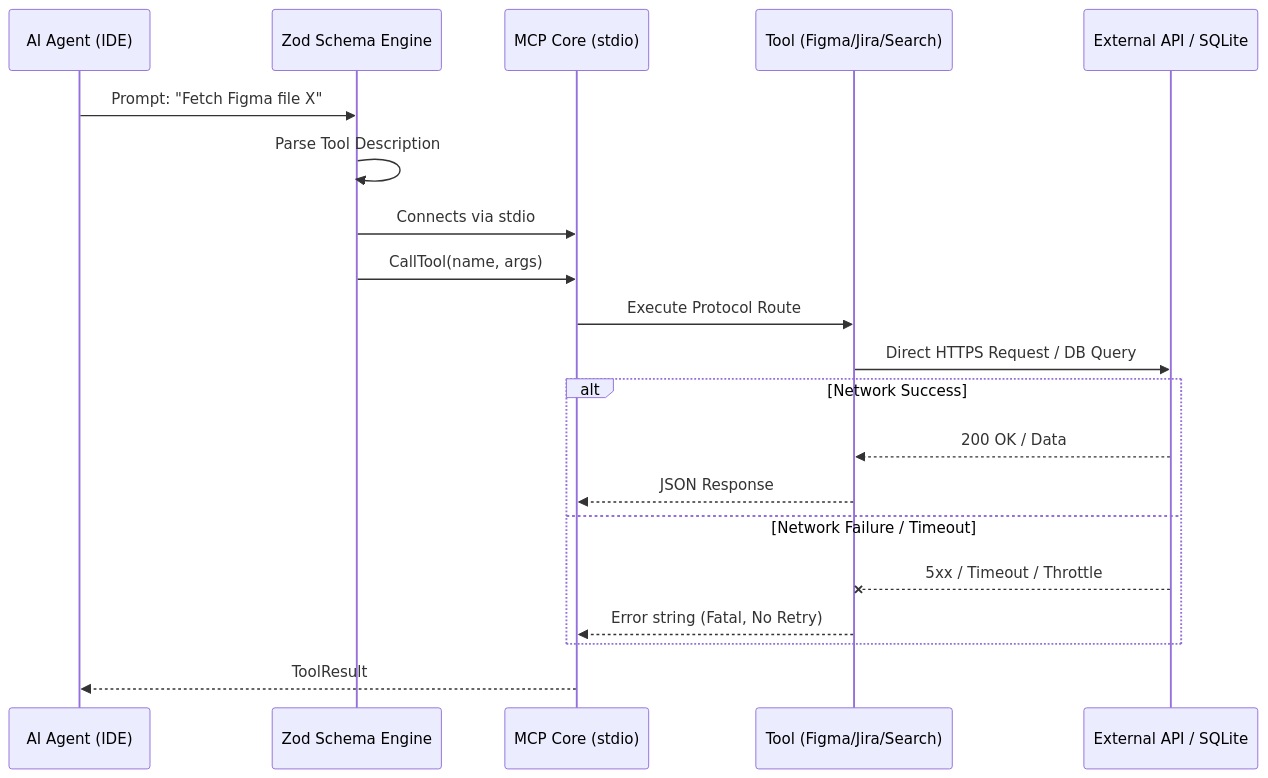
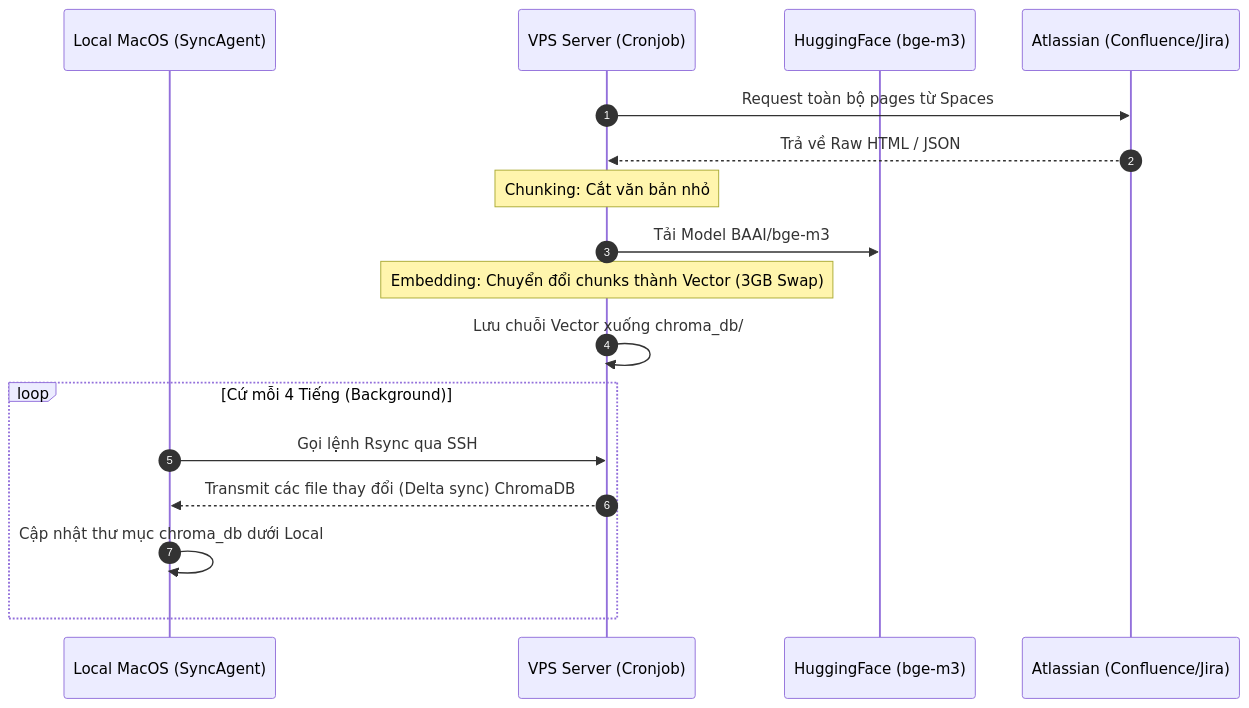
The third of 4 diagrams in README.md (cachep-xidau/MCP-server), drawn with Mermaid before and after one commit. The commit also changed other lines of this file, not shown here.

Commit message:
docs: rewrite README with Decoupled RAG architecture (Python/ChromaDB)

````diff
--- a/README.md
+++ b/README.md
@@ -65,26 +66,21 @@
 ```mermaid
 sequenceDiagram
-    participant AGY as AI Agent (IDE)
-    participant schema as Zod Schema Engine
-    participant Core as MCP Core (stdio)
-    participant Tool as Tool (Figma/Jira/Search)
-    participant Ext as External API / SQLite
+    autonumber
+    participant Mac as Local MacOS (SyncAgent)
+    participant VPS as VPS Server (Cronjob)
+    participant Model as HuggingFace (bge-m3)
+    participant Atlas as Atlassian (Confluence/Jira)
     
-    AGY->>schema: Prompt: "Fetch Figma file X"
-    schema->>schema: Parse Tool Description
-    schema->>Core: Connects via stdio
-    schema->>Core: CallTool(name, args)
+    VPS->>Atlas: Request toàn bộ pages từ Spaces
+    Atlas-->>VPS: Trả về Raw HTML / JSON
+    Note over VPS: Chunking: Cắt văn bản nhỏ
+    VPS->>Model: Tải Model BAAI/bge-m3
+    Note over VPS: Embedding: Chuyển đổi chunks thành Vector (3GB Swap)
+    VPS->>VPS: Lưu chuỗi Vector xuống chroma_db/
     
-    Core->>Tool: Execute Protocol Route
-    Tool->>Ext: Direct HTTPS Request / DB Query
-    
-    alt Network Success
-        Ext-->>Tool: 200 OK / Data
-        Tool-->>Core: JSON Response
-    else Network Failure / Timeout
-        Ext--xTool: 5xx / Timeout / Throttle
-        Tool-->>Core: Error string (Fatal, No Retry)
+    loop Cứ mỗi 4 Tiếng (Background)
+        Mac->>VPS: Gọi lệnh Rsync qua SSH
+        VPS-->>Mac: Transmit các file thay đổi (Delta sync) ChromaDB
+        Mac->>Mac: Cập nhật thư mục chroma_db dưới Local
     end
-    
-    Core-->>AGY: ToolResult
 ```
````
